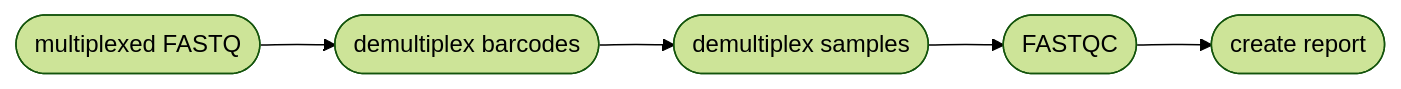
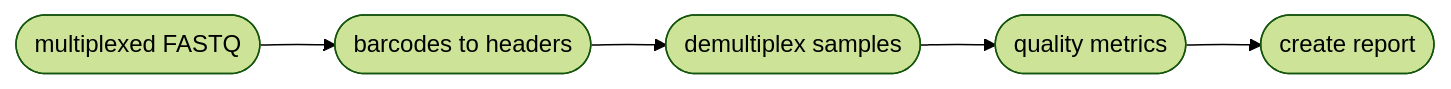
The diagram in Modules/demultiplex.md (pdimens/harpy), drawn with Mermaid (forest theme) before and after one commit. The commit also changed other lines of this file, not shown here.

````diff
--- a/Modules/demultiplex.md
+++ b/Modules/demultiplex.md
@@ -72,7 +72,7 @@
 ```mermaid
 graph LR
-    A([multiplexed FASTQ]) --> B([demultiplex barcodes])
+    A([multiplexed FASTQ]) --> B([barcodes to headers])
     B-->C([demultiplex samples])
-    C-->D([FASTQC])
+    C-->D([quality metrics])
     D-->E([create report])
 ```
````
